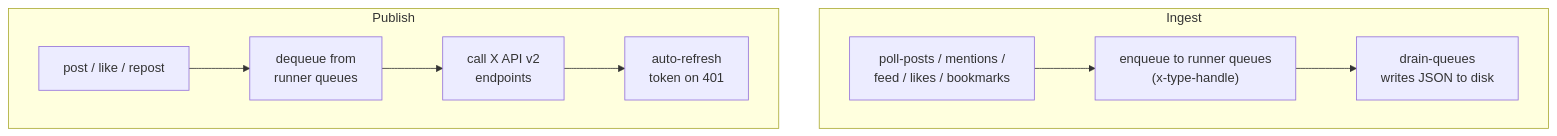
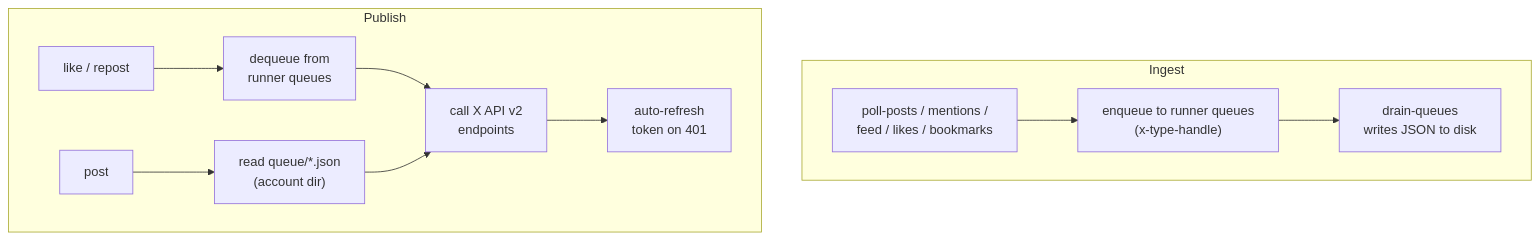
The diagram in src/x/README.md (karmaniverous/jeeves-scripts-template), drawn with Mermaid before and after one commit. The commit also changed other lines of this file and 7 other files, not shown here.

````diff
--- a/src/x/README.md
+++ b/src/x/README.md
@@ -22,13 +22,15 @@
 ```mermaid
 flowchart TD
   subgraph Ingest
     poll["poll-posts / mentions /\nfeed / likes / bookmarks"] --> enqueue["enqueue to runner queues\n(x-type-handle)"]
     enqueue --> drain["drain-queues\nwrites JSON to disk"]
   end
 
   subgraph Publish
-    action["post / like / repost"] --> dequeue["dequeue from\nrunner queues"]
+    action["like / repost"] --> dequeue["dequeue from\nrunner queues"]
     dequeue --> api["call X API v2\nendpoints"]
+    post["post"] --> files["read queue/*.json\n(account dir)"]
+    files --> api
     api --> refresh["auto-refresh\ntoken on 401"]
   end
 ```
````
